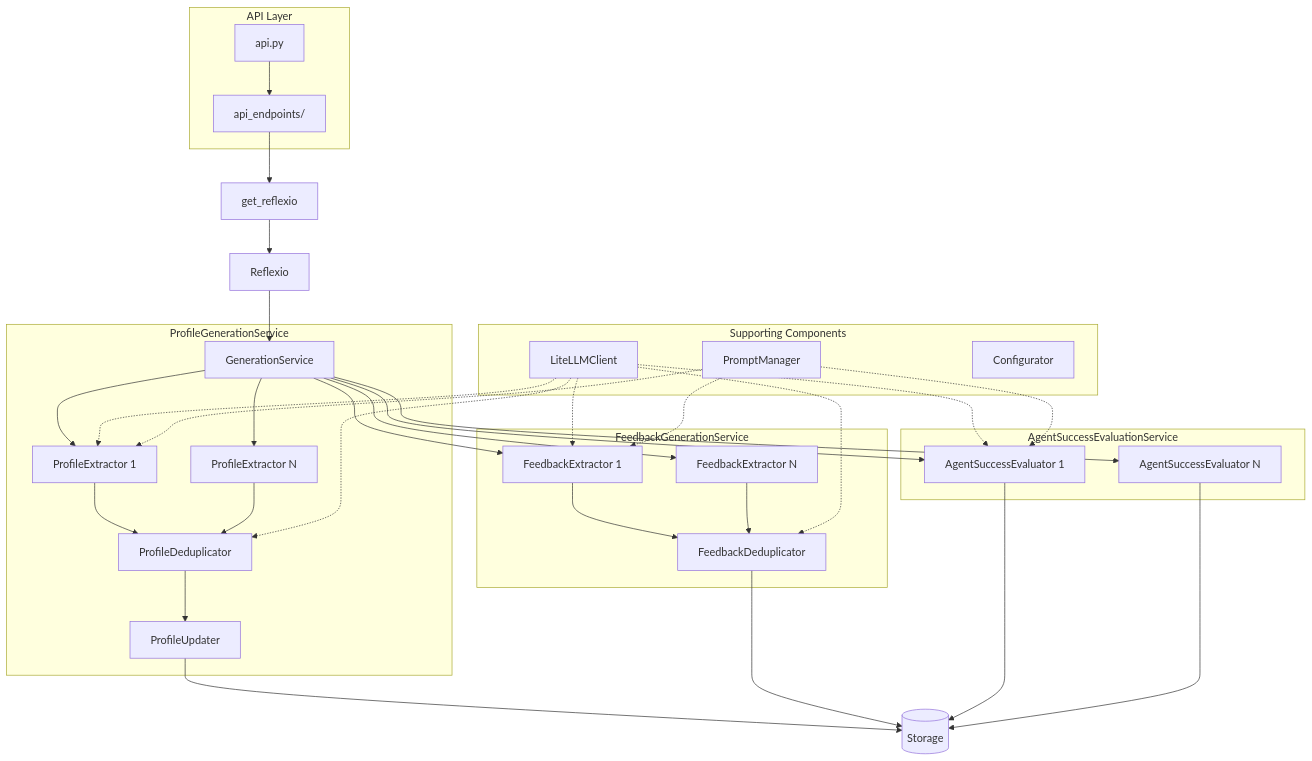
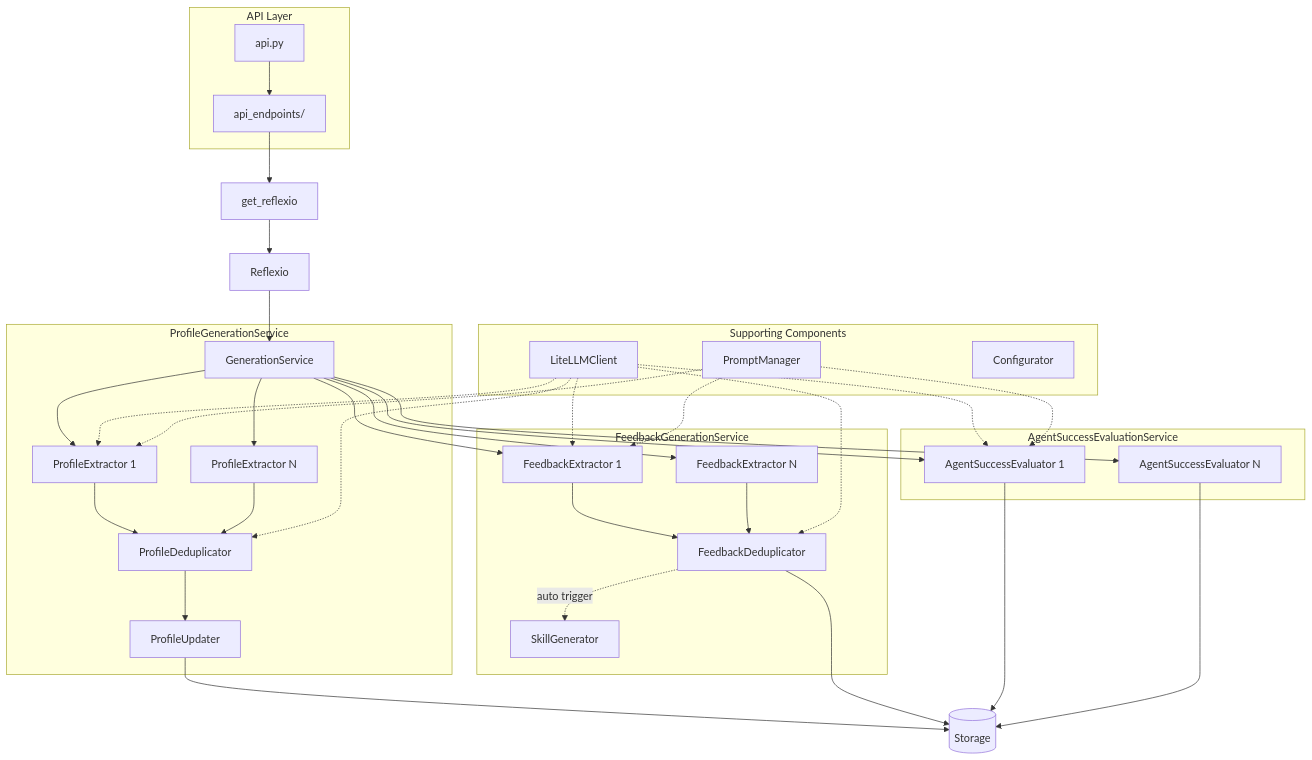
One commit to yyiilluu/reflexio changed the diagram in reflexio/server/README.md. Above: the diagram before and after it, drawn with Mermaid. The commit also changed other lines of this file and 41 other files, not shown here.

````diff
--- a/reflexio/server/README.md
+++ b/reflexio/server/README.md
@@ -425,50 +435,51 @@
 ```mermaid
 flowchart TB
     subgraph API["API Layer"]
         A[api.py] --> B[api_endpoints/]
     end
 
     B --> C[get_reflexio]
     C --> D[Reflexio]
     D --> E[GenerationService]
 
     subgraph ProfileService["ProfileGenerationService"]
         E --> F1[ProfileExtractor 1]
         E --> F2[ProfileExtractor N]
         F1 --> PD[ProfileDeduplicator]
         F2 --> PD
         PD --> PU[ProfileUpdater]
     end
 
     subgraph FeedbackService["FeedbackGenerationService"]
         E --> G1[FeedbackExtractor 1]
         E --> G2[FeedbackExtractor N]
         G1 --> FD[FeedbackDeduplicator]
         G2 --> FD
+        FD -.->|auto trigger| SG[SkillGenerator]
     end
 
     subgraph EvalService["AgentSuccessEvaluationService"]
         E --> H1[AgentSuccessEvaluator 1]
         E --> H2[AgentSuccessEvaluator N]
     end
 
     PU --> I[(Storage)]
     FD --> I
     H1 --> I
     H2 --> I
 
     subgraph Support["Supporting Components"]
         J[LiteLLMClient]
         K[PromptManager]
         L[Configurator]
     end
 
     J -.-> F1
     J -.-> G1
     J -.-> H1
     J -.-> PD
     J -.-> FD
     K -.-> F1
     K -.-> G1
     K -.-> H1
 ```
````
